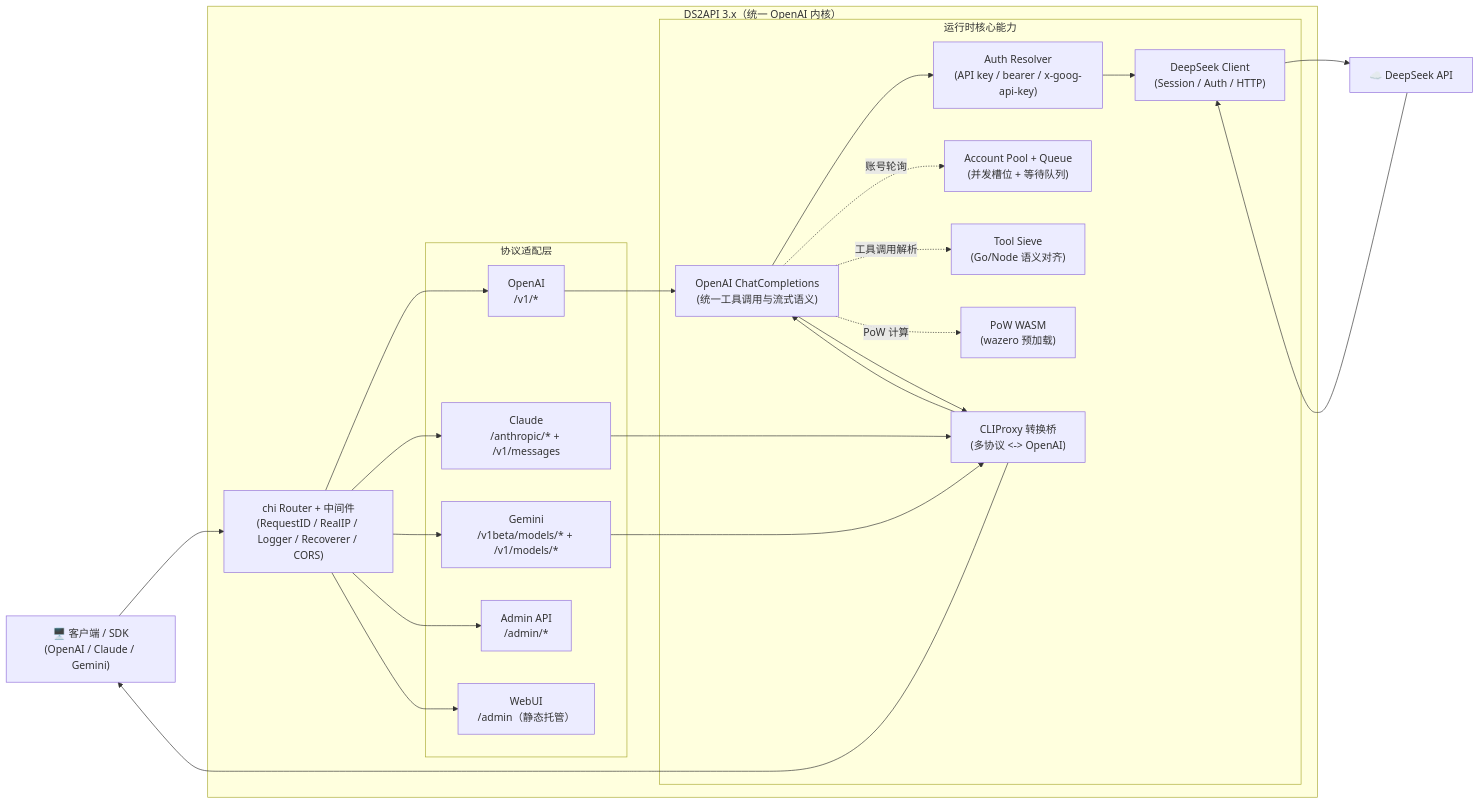
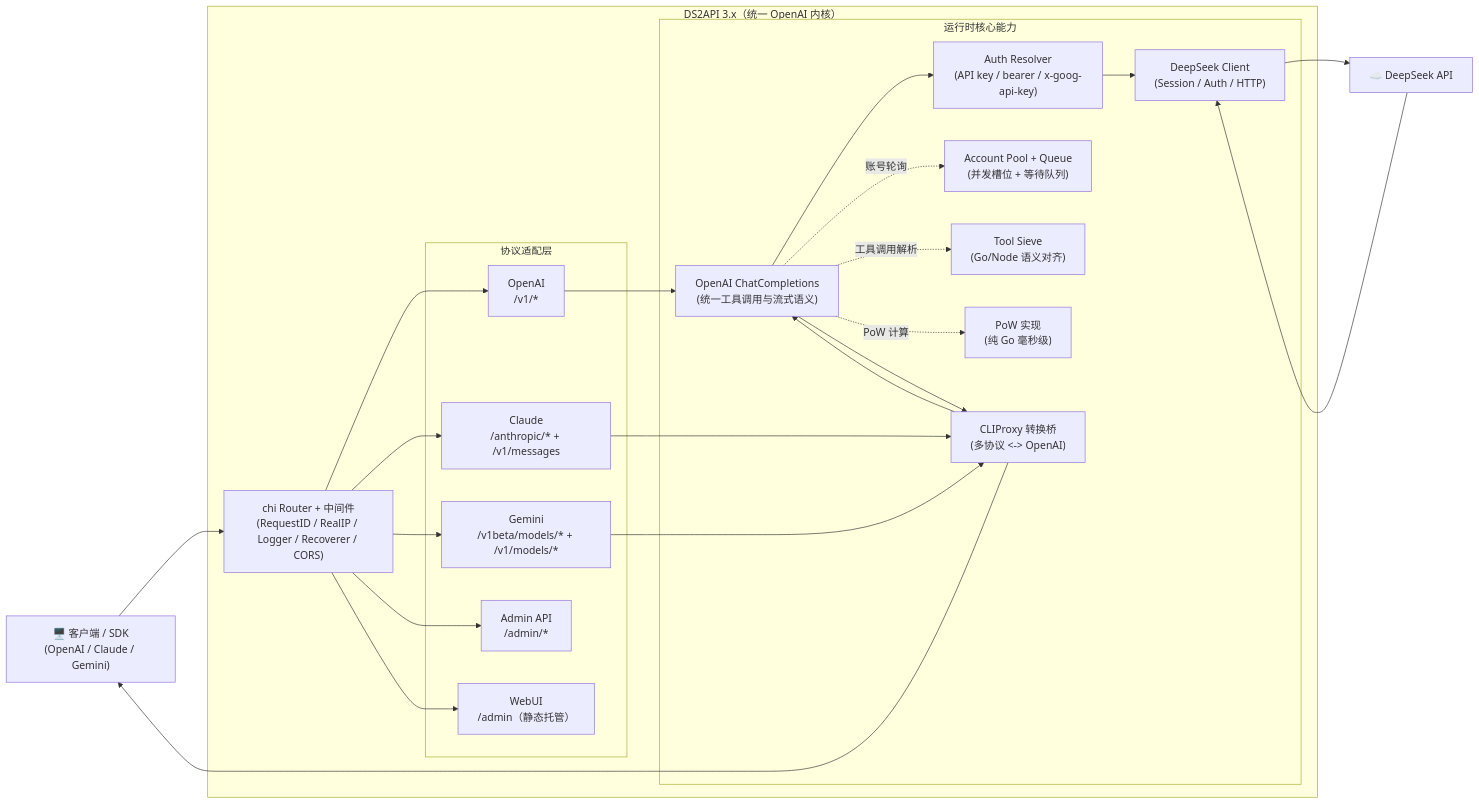
Before and after one commit to 1cyberlangke1/dsp: the diagram in README.MD, drawn with Mermaid. The commit also changed other lines of this file and 10 other files, not shown here.

````diff
--- a/README.MD
+++ b/README.MD
@@ -29,45 +29,45 @@
 ```mermaid
 flowchart LR
     Client["🖥️ 客户端 / SDK\n(OpenAI / Claude / Gemini)"]
     Upstream["☁️ DeepSeek API"]
 
     subgraph DS2API["DS2API 3.x（统一 OpenAI 内核）"]
         Router["chi Router + 中间件\n(RequestID / RealIP / Logger / Recoverer / CORS)"]
 
         subgraph Adapters["协议适配层"]
             OA["OpenAI\n/v1/*"]
             CA["Claude\n/anthropic/* + /v1/messages"]
             GA["Gemini\n/v1beta/models/* + /v1/models/*"]
             Admin["Admin API\n/admin/*"]
             WebUI["WebUI\n/admin（静态托管）"]
         end
 
         subgraph Runtime["运行时核心能力"]
             Bridge["CLIProxy 转换桥\n(多协议 <-> OpenAI)"]
             OAEngine["OpenAI ChatCompletions\n(统一工具调用与流式语义)"]
             Auth["Auth Resolver\n(API key / bearer / x-goog-api-key)"]
             Pool["Account Pool + Queue\n(并发槽位 + 等待队列)"]
             DSClient["DeepSeek Client\n(Session / Auth / HTTP)"]
-            Pow["PoW WASM\n(wazero 预加载)"]
+            Pow["PoW 实现\n(纯 Go 毫秒级)"]
             Tool["Tool Sieve\n(Go/Node 语义对齐)"]
         end
     end
 
     Client --> Router
     Router --> OA & CA & GA
     Router --> Admin
     Router --> WebUI
 
     OA --> OAEngine
     CA & GA --> Bridge
     Bridge --> OAEngine
     OAEngine --> Auth
     OAEngine -.账号轮询.-> Pool
     OAEngine -.工具调用解析.-> Tool
     OAEngine -.PoW 计算.-> Pow
     Auth --> DSClient
     DSClient --> Upstream
     Upstream --> DSClient
     OAEngine --> Bridge
     Bridge --> Client
 ```
````
